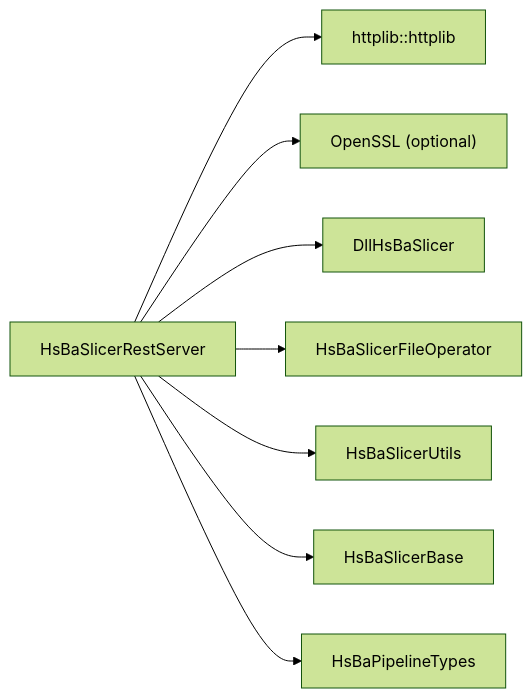
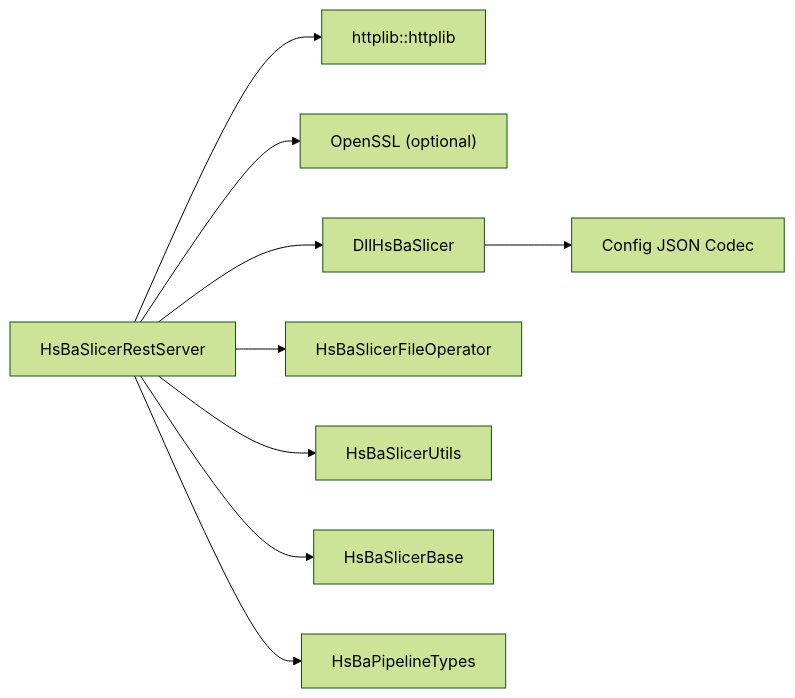
One commit to hsmbanlance/HsBaSlicer changed the tenth of 10 diagrams in .qoder/repowiki/en/content/Core Modules/REST API Server.md. Above: the diagram before and after it, drawn with Mermaid (forest theme). The commit also changed other lines of this file and 172 other files, not shown here.

````diff
--- a/.qoder/repowiki/en/content/Core Modules/REST API Server.md
+++ b/.qoder/repowiki/en/content/Core Modules/REST API Server.md
@@ -481,10 +552,11 @@
 ```mermaid
 graph LR
 Rest["HsBaSlicerRestServer"] --> Httplib["httplib::httplib"]
 Rest --> OpenSSL["OpenSSL (optional)"]
 Rest --> Dll["DllHsBaSlicer"]
 Rest --> FileOp["HsBaSlicerFileOperator"]
 Rest --> Utils["HsBaSlicerUtils"]
 Rest --> Base["HsBaSlicerBase"]
 Rest --> Types["HsBaPipelineTypes"]
+Dll --> JsonCodec["Config JSON Codec"]
 ```
````
